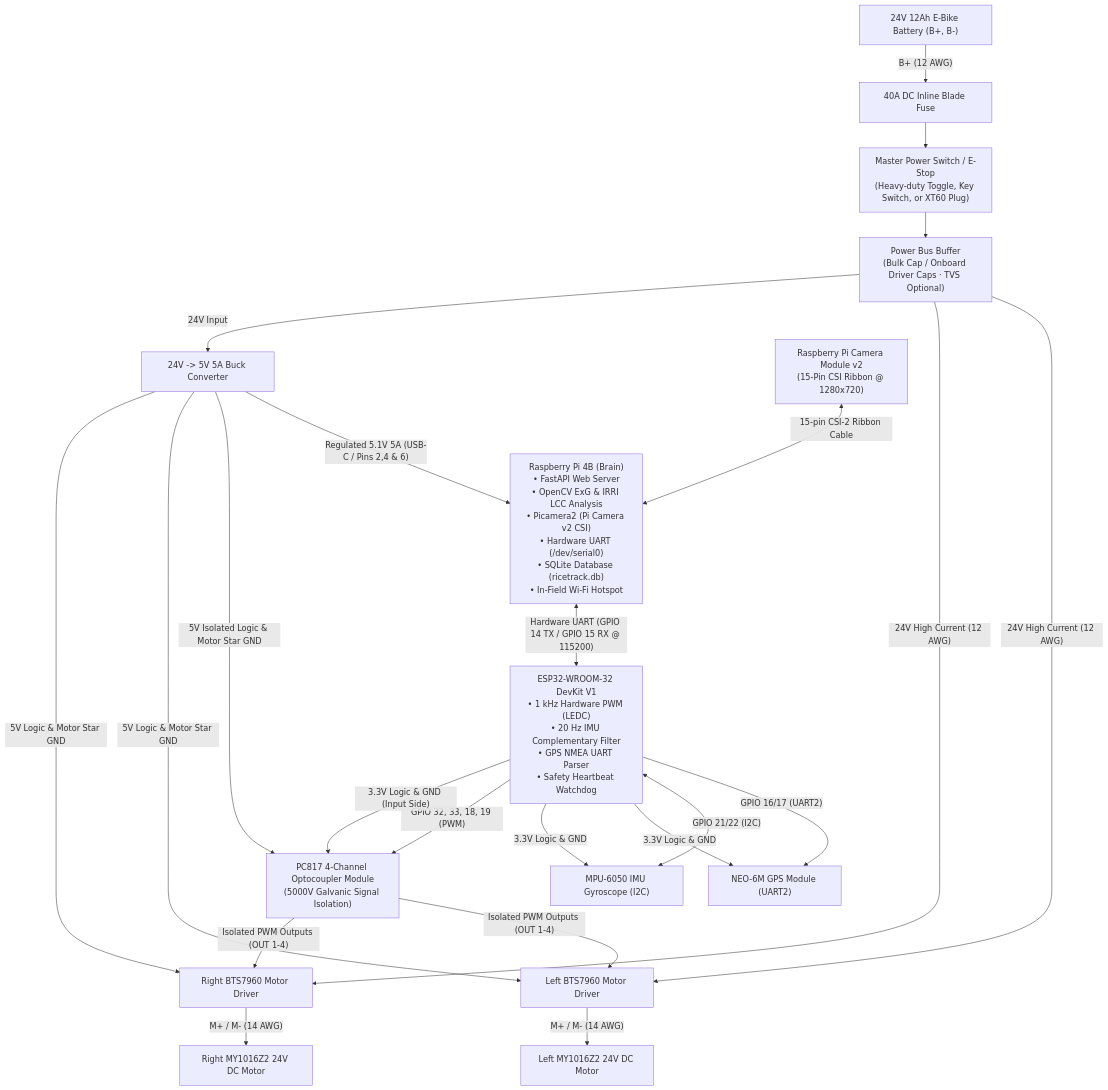
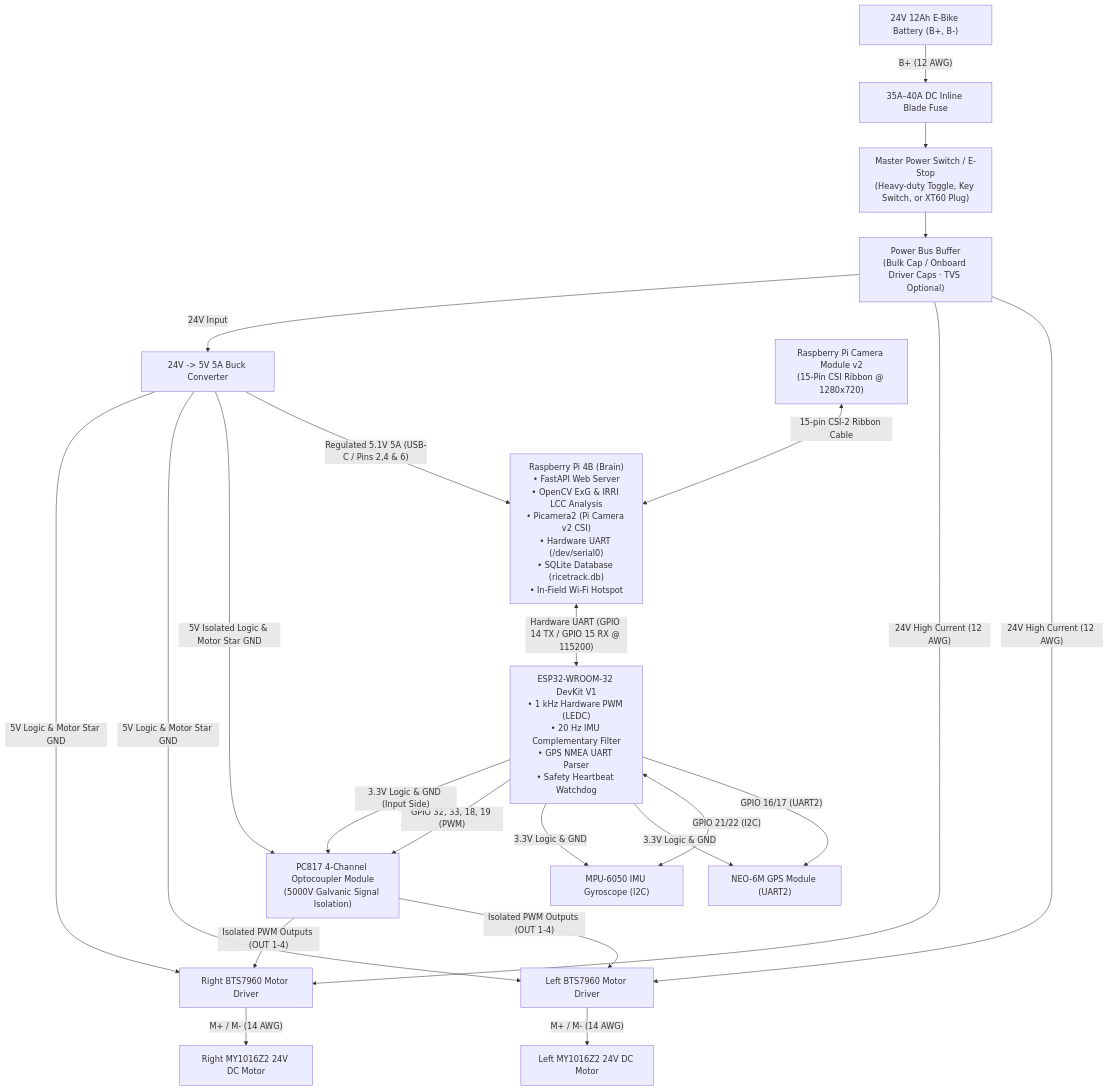
One commit to Meruem292/Rice-robocam changed the diagram in robo_cam-main/README.md. Above: the diagram before and after it, drawn with Mermaid. The commit also changed other lines of this file, not shown here.

````diff
--- a/robo_cam-main/README.md
+++ b/robo_cam-main/README.md
@@ -9,51 +9,51 @@
 ```mermaid
 flowchart TB
     BAT["24V 12Ah E-Bike Battery (B+, B-)"]
-    FUSE["40A DC Inline Blade Fuse"]
+    FUSE["35A–40A DC Inline Blade Fuse"]
     SW["Master Power Switch / E-Stop<br/>(Heavy-duty Toggle, Key Switch, or XT60 Plug)"]
     PROT["Power Bus Buffer<br/>(Bulk Cap / Onboard Driver Caps · TVS Optional)"]
     BUCK["24V -> 5V 5A Buck Converter"]
     
     RPI["Raspberry Pi 4B (Brain)<br/>• FastAPI Web Server<br/>• OpenCV ExG & IRRI LCC Analysis<br/>• Picamera2 (Pi Camera v2 CSI)<br/>• Hardware UART (/dev/serial0)<br/>• SQLite Database (ricetrack.db)<br/>• In-Field Wi-Fi Hotspot"]
     CAM["Raspberry Pi Camera Module v2<br/>(15-Pin CSI Ribbon @ 1280x720)"]
     
     ESP["ESP32-WROOM-32 DevKit V1<br/>• 1 kHz Hardware PWM (LEDC)<br/>• 20 Hz IMU Complementary Filter<br/>• GPS NMEA UART Parser<br/>• Safety Heartbeat Watchdog"]
     
     OPTO["PC817 4-Channel Optocoupler Module<br/>(5000V Galvanic Signal Isolation)"]
     
     GPS["NEO-6M GPS Module (UART2)"]
     IMU["MPU-6050 IMU Gyroscope (I2C)"]
     BTS_L["Left BTS7960 Motor Driver"]
     BTS_R["Right BTS7960 Motor Driver"]
     MOT_L["Left MY1016Z2 24V DC Motor"]
     MOT_R["Right MY1016Z2 24V DC Motor"]
 
     BAT -->|"B+ (12 AWG)"| FUSE
     FUSE --> SW
     SW --> PROT
     PROT -->|"24V High Current (12 AWG)"| BTS_L
     PROT -->|"24V High Current (12 AWG)"| BTS_R
     PROT -->|"24V Input"| BUCK
 
     BUCK -->|"Regulated 5.1V 5A (USB-C / Pins 2,4 & 6)"| RPI
     RPI <-->|"Hardware UART (GPIO 14 TX / GPIO 15 RX @ 115200)"| ESP
     CAM <-->|"15-pin CSI-2 Ribbon Cable"| RPI
 
     ESP -->|"GPIO 16/17 (UART2)"| GPS
     ESP <-->|"GPIO 21/22 (I2C)"| IMU
 
     ESP -->|"3.3V Logic & GND"| GPS
     ESP -->|"3.3V Logic & GND"| IMU
 
     %% Optocoupled motor control
     ESP -->|"GPIO 32, 33, 18, 19 (PWM)"| OPTO
     ESP -->|"3.3V Logic & GND (Input Side)"| OPTO
     OPTO -->|"Isolated PWM Outputs (OUT 1-4)"| BTS_L
     OPTO -->|"Isolated PWM Outputs (OUT 1-4)"| BTS_R
     BUCK -->|"5V Isolated Logic & Motor Star GND"| OPTO
     BUCK -->|"5V Logic & Motor Star GND"| BTS_L
     BUCK -->|"5V Logic & Motor Star GND"| BTS_R
 
     BTS_L -->|"M+ / M- (14 AWG)"| MOT_L
     BTS_R -->|"M+ / M- (14 AWG)"| MOT_R
 ```
````
